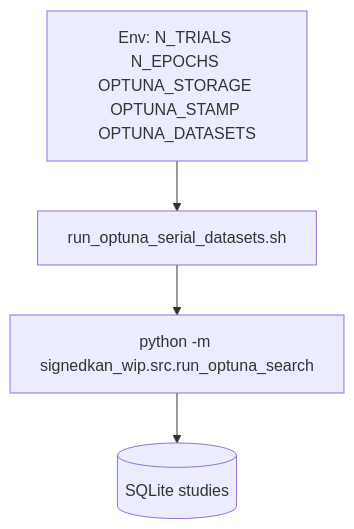
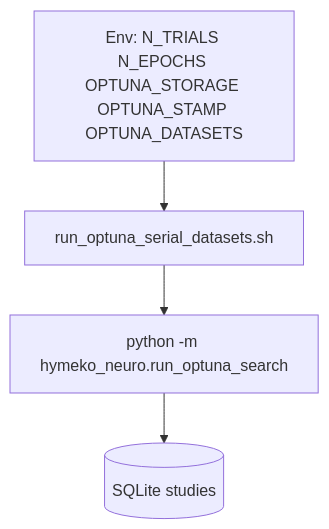
The third of 3 diagrams in reports/2026-05-13-optuna-handoff-slashdot-continuation.md (kyberszittya/hymeko_framework_rust), drawn with Mermaid before and after one commit. The commit also changed other lines of this file and 2255 other files, not shown here.

````diff
--- a/reports/2026-05-13-optuna-handoff-slashdot-continuation.md
+++ b/reports/2026-05-13-optuna-handoff-slashdot-continuation.md
@@ -178,8 +178,8 @@
 ```mermaid
 flowchart TB
   env["Env: N_TRIALS N_EPOCHS OPTUNA_STORAGE OPTUNA_STAMP OPTUNA_DATASETS"]
   loop["run_optuna_serial_datasets.sh"]
-  ro["python -m signedkan_wip.src.run_optuna_search"]
+  ro["python -m hymeko_neuro.run_optuna_search"]
   sql[(SQLite studies)]
   env --> loop --> ro --> sql
 ```
````
